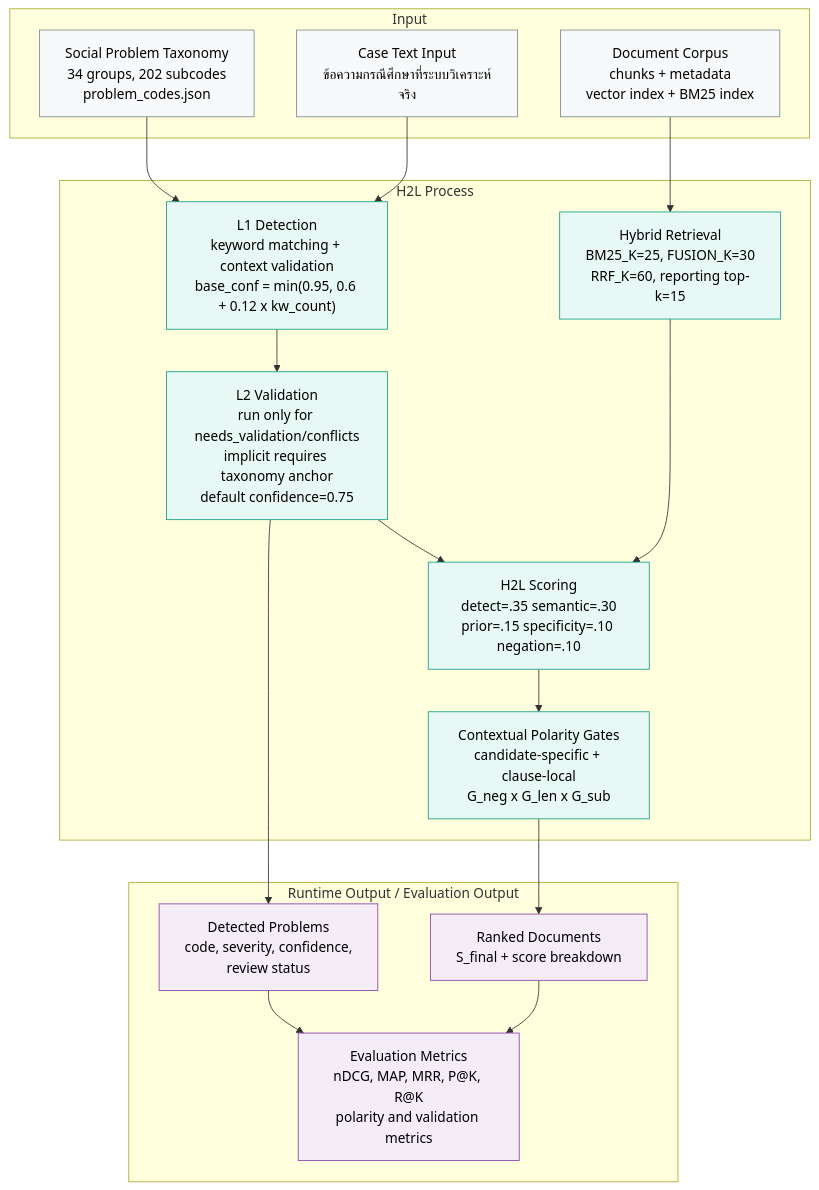
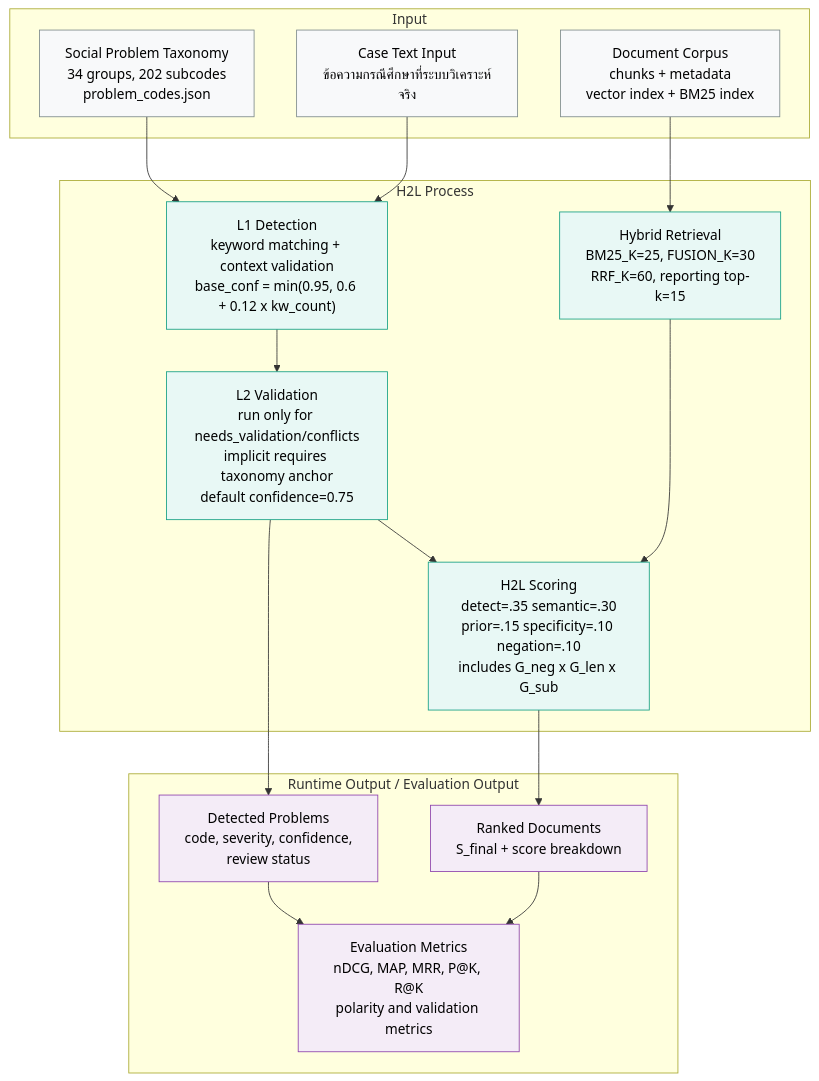
One commit to Mickeychay/thesis_one- changed the first of 5 diagrams in md_report/thesis_framework_and_math_flow.md. Above: the diagram before and after it, drawn with Mermaid. The commit also changed other lines of this file and 8 other files, not shown here.

````diff
--- a/md_report/thesis_framework_and_math_flow.md
+++ b/md_report/thesis_framework_and_math_flow.md
@@ -25,38 +25,36 @@
 ```mermaid
 flowchart TD
     classDef inputNode fill:#f8f9fa,stroke:#7f8c8d,stroke-width:1px,color:#000
     classDef processNode fill:#e8f8f5,stroke:#16a085,stroke-width:1px,color:#000
     classDef outputNode fill:#f4ecf7,stroke:#8e44ad,stroke-width:1px,color:#000
 
     subgraph INPUT ["Input"]
         I1["Social Problem Taxonomy<br/>34 groups, 202 subcodes<br/>problem_codes.json"]:::inputNode
         I2["Case Text Input<br/>ข้อความกรณีศึกษาที่ระบบวิเคราะห์จริง"]:::inputNode
         I3["Document Corpus<br/>chunks + metadata<br/>vector index + BM25 index"]:::inputNode
     end
 
     subgraph PROCESS ["H2L Process"]
         P1["L1 Detection<br/>keyword matching + context validation<br/>base_conf = min(0.95, 0.6 + 0.12 x kw_count)"]:::processNode
         P2["L2 Validation<br/>run only for needs_validation/conflicts<br/>implicit requires taxonomy anchor<br/>default confidence=0.75"]:::processNode
         P3["Hybrid Retrieval<br/>BM25_K=25, FUSION_K=30<br/>RRF_K=60, reporting top-k=15"]:::processNode
-        P4["H2L Scoring<br/>detect=.35 semantic=.30<br/>prior=.15 specificity=.10 negation=.10"]:::processNode
-        P5["Contextual Polarity Gates<br/>candidate-specific + clause-local<br/>G_neg x G_len x G_sub"]:::processNode
+        P4["H2L Scoring<br/>detect=.35 semantic=.30<br/>prior=.15 specificity=.10 negation=.10<br/>includes G_neg x G_len x G_sub"]:::processNode
     end
 
     subgraph OUTPUT ["Runtime Output / Evaluation Output"]
         O1["Detected Problems<br/>code, severity, confidence,<br/>review status"]:::outputNode
         O2["Ranked Documents<br/>S_final + score breakdown"]:::outputNode
         O3["Evaluation Metrics<br/>nDCG, MAP, MRR, P@K, R@K<br/>polarity and validation metrics"]:::outputNode
     end
 
     I1 --> P1
     I2 --> P1
     I3 --> P3
     P1 --> P2
     P2 --> O1
     P2 --> P4
     P3 --> P4
-    P4 --> P5
-    P5 --> O2
+    P4 --> O2
     O1 --> O3
     O2 --> O3
 ```
````
